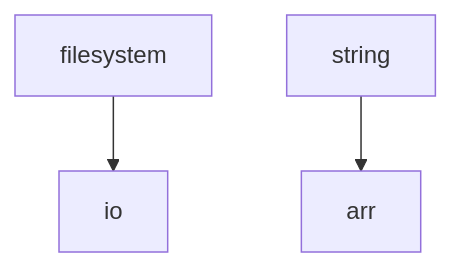
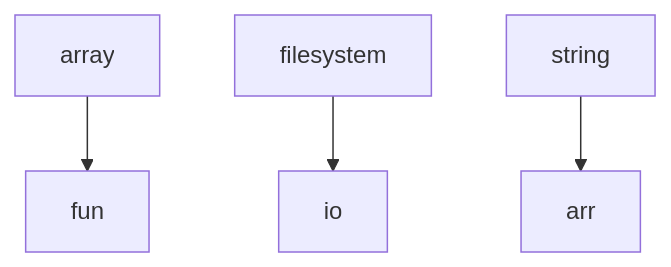
One commit to mattriley/node-1up changed the diagram in README.md. Above: the diagram before and after it, drawn with Mermaid. The commit also changed other lines of this file and 8 other files, not shown here.

````diff
--- a/README.md
+++ b/README.md
@@ -20,5 +20,6 @@
 ```mermaid
 graph TD;
+    array-->fun;
     filesystem-->io;
     string-->arr;
 ```
````
